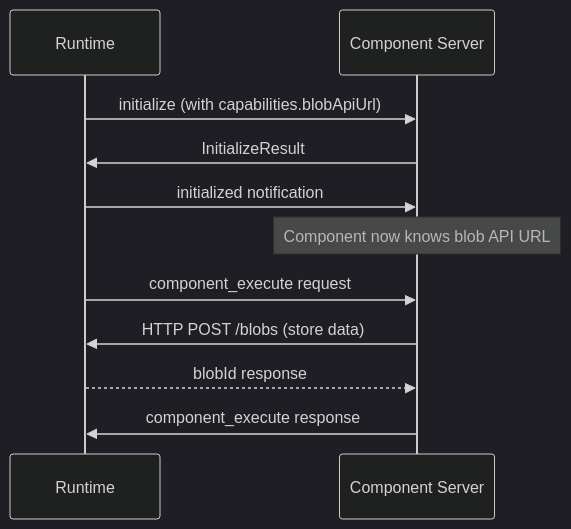
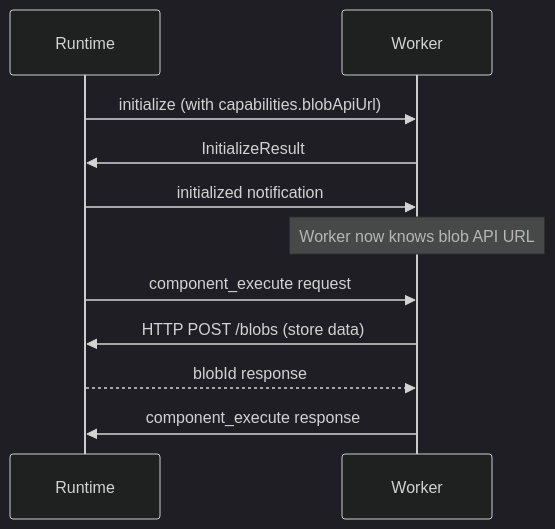
The diagram in docs/docs/protocol/methods/blobs.md (stepflow-ai/stepflow), drawn with Mermaid (dark theme) before and after one commit. The commit also changed other lines of this file and 27 other files, not shown here.

````diff
--- a/docs/docs/protocol/methods/blobs.md
+++ b/docs/docs/protocol/methods/blobs.md
@@ -23,16 +23,16 @@
 ```mermaid
 sequenceDiagram
     participant R as Runtime
-    participant S as Component Server
+    participant S as Worker
 
     R->>S: initialize (with capabilities.blobApiUrl)
     S->>R: InitializeResult
     R->>S: initialized notification
 
-    Note over S: Component now knows blob API URL
+    Note over S: Worker now knows blob API URL
 
     R->>S: component_execute request
     S->>R: HTTP POST /blobs (store data)
     R-->>S: blobId response
     S->>R: component_execute response
 ```
````
